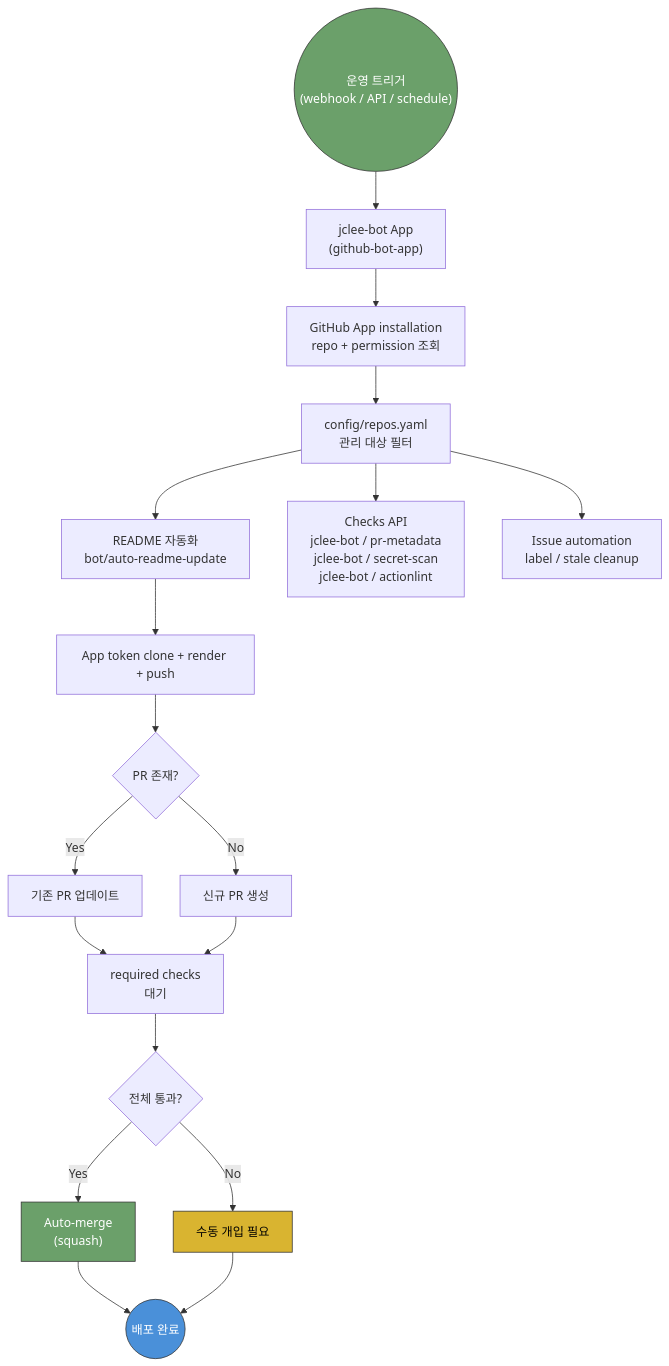
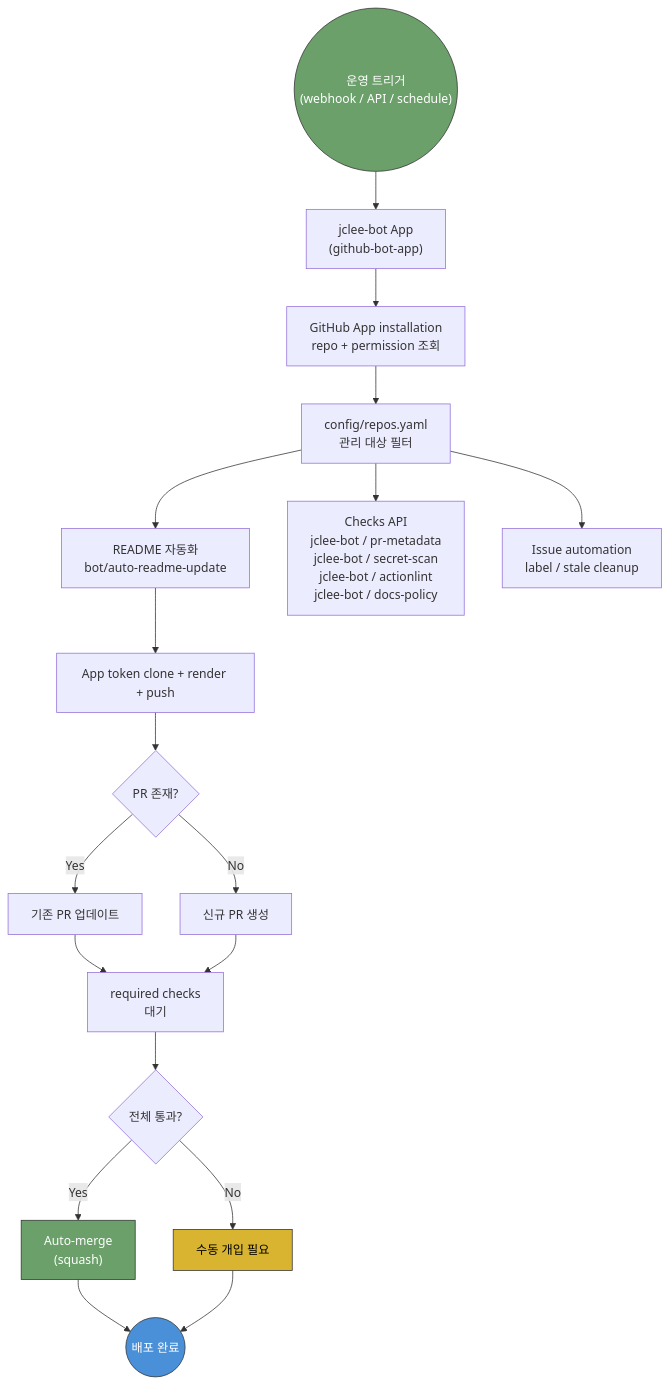
One commit to jclee941/.github changed the fifth of 9 diagrams in docs/architecture.md. Above: the diagram before and after it, drawn with Mermaid.

Commit message:
docs: align GitOps check diagram

````diff
--- a/docs/architecture.md
+++ b/docs/architecture.md
@@ -199,32 +199,32 @@
 ```mermaid
 flowchart TD
     START(("운영 트리거<br/>(webhook / API / schedule)")) --> APP["jclee-bot App<br/>(github-bot-app)"]
     
     APP --> INSTALL["GitHub App installation<br/>repo + permission 조회"]
     INSTALL --> TARGETS["config/repos.yaml<br/>관리 대상 필터"]
     
     TARGETS --> README["README 자동화<br/>bot/auto-readme-update"]
-    TARGETS --> CHECKS["Checks API<br/>jclee-bot / pr-metadata<br/>jclee-bot / secret-scan<br/>jclee-bot / actionlint"]
+    TARGETS --> CHECKS["Checks API<br/>jclee-bot / pr-metadata<br/>jclee-bot / secret-scan<br/>jclee-bot / actionlint<br/>jclee-bot / docs-policy"]
     TARGETS --> ISSUES["Issue automation<br/>label / stale cleanup"]
     
     README --> BRANCH["App token clone + render + push"]
     BRANCH --> PR{"PR 존재?"}
     
     PR -->|Yes| UPDATE["기존 PR 업데이트"]
     PR -->|No| CREATE["신규 PR 생성"]
     
     UPDATE --> WAIT["required checks<br/>대기"]
     CREATE --> WAIT
     WAIT --> PASS{"전체 통과?"}
     
     PASS -->|Yes| AUTO_MERGE["Auto-merge<br/>(squash)"]
     PASS -->|No| MANUAL["수동 개입 필요"]
     
     AUTO_MERGE --> END(("배포 완료"))
     MANUAL --> END
     
     style START fill:#6ba06a,stroke:#333,color:#fff
     style END fill:#4a90d9,stroke:#333,color:#fff
     style AUTO_MERGE fill:#6ba06a,stroke:#333,color:#fff
     style MANUAL fill:#d9b430,stroke:#333,color:#000
 ```
````
